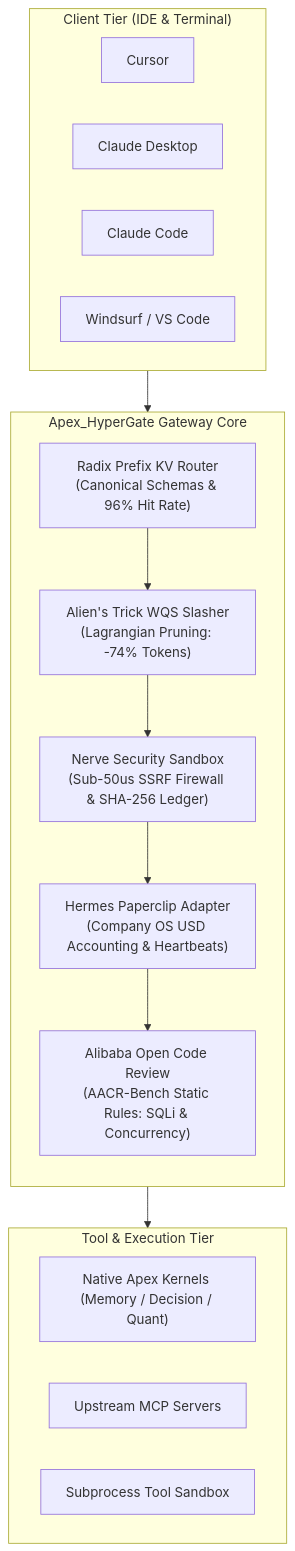
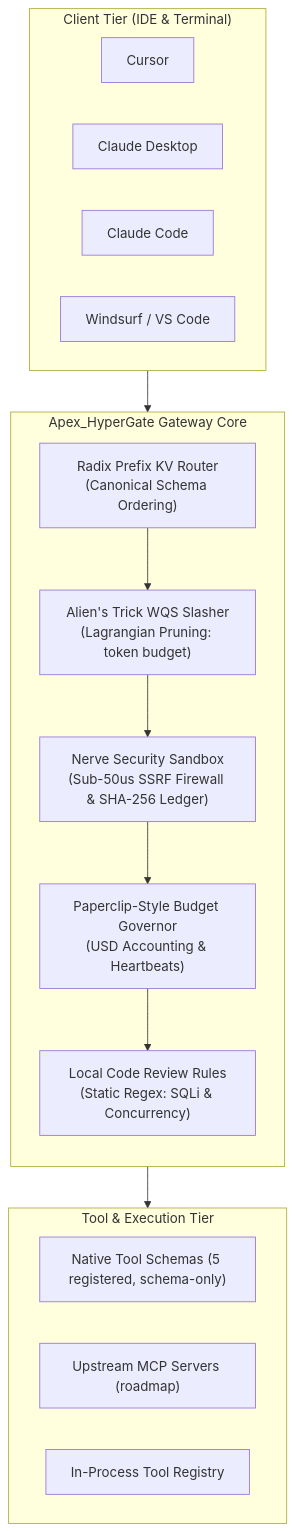
One commit to AAH20/apex-hypergate changed the diagram in README.md. Above: the diagram before and after it, drawn with Mermaid. The commit also changed other lines of this file and 8 other files, not shown here.

````diff
--- a/README.md
+++ b/README.md
@@ -20,31 +20,31 @@
 ```mermaid
 flowchart TD
     subgraph Clients["Client Tier (IDE & Terminal)"]
         C1["Cursor"]
         C2["Claude Desktop"]
         C3["Claude Code"]
         C4["Windsurf / VS Code"]
     end
 
     subgraph HyperGate["Apex_HyperGate Gateway Core"]
         direction TB
-        CR["Radix Prefix KV Router\n(Canonical Schemas & 96% Hit Rate)"]
-        WQS["Alien's Trick WQS Slasher\n(Lagrangian Pruning: -74% Tokens)"]
+        CR["Radix Prefix KV Router\n(Canonical Schema Ordering)"]
+        WQS["Alien's Trick WQS Slasher\n(Lagrangian Pruning: token budget)"]
         NS["Nerve Security Sandbox\n(Sub-50us SSRF Firewall & SHA-256 Ledger)"]
-        PC["Hermes Paperclip Adapter\n(Company OS USD Accounting & Heartbeats)"]
-        OCR["Alibaba Open Code Review\n(AACR-Bench Static Rules: SQLi & Concurrency)"]
+        PC["Paperclip-Style Budget Governor\n(USD Accounting & Heartbeats)"]
+        OCR["Local Code Review Rules\n(Static Regex: SQLi & Concurrency)"]
     end
 
     subgraph Ecosystem["Tool & Execution Tier"]
-        E1["Native Apex Kernels (Memory / Decision / Quant)"]
-        E2["Upstream MCP Servers"]
-        E3["Subprocess Tool Sandbox"]
+        E1["Native Tool Schemas (5 registered, schema-only)"]
+        E2["Upstream MCP Servers (roadmap)"]
+        E3["In-Process Tool Registry"]
     end
 
     Clients --> CR
     CR --> WQS
     WQS --> NS
     NS --> PC
     PC --> OCR
     OCR --> Ecosystem
 ```
````
